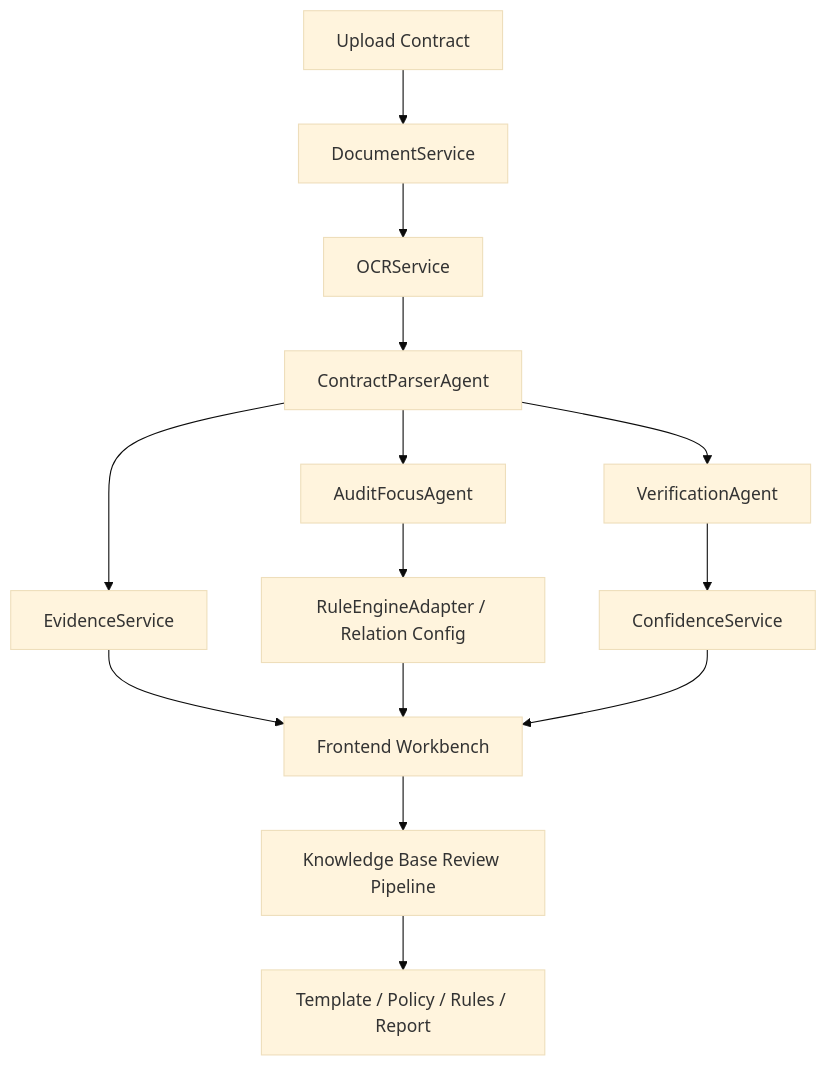
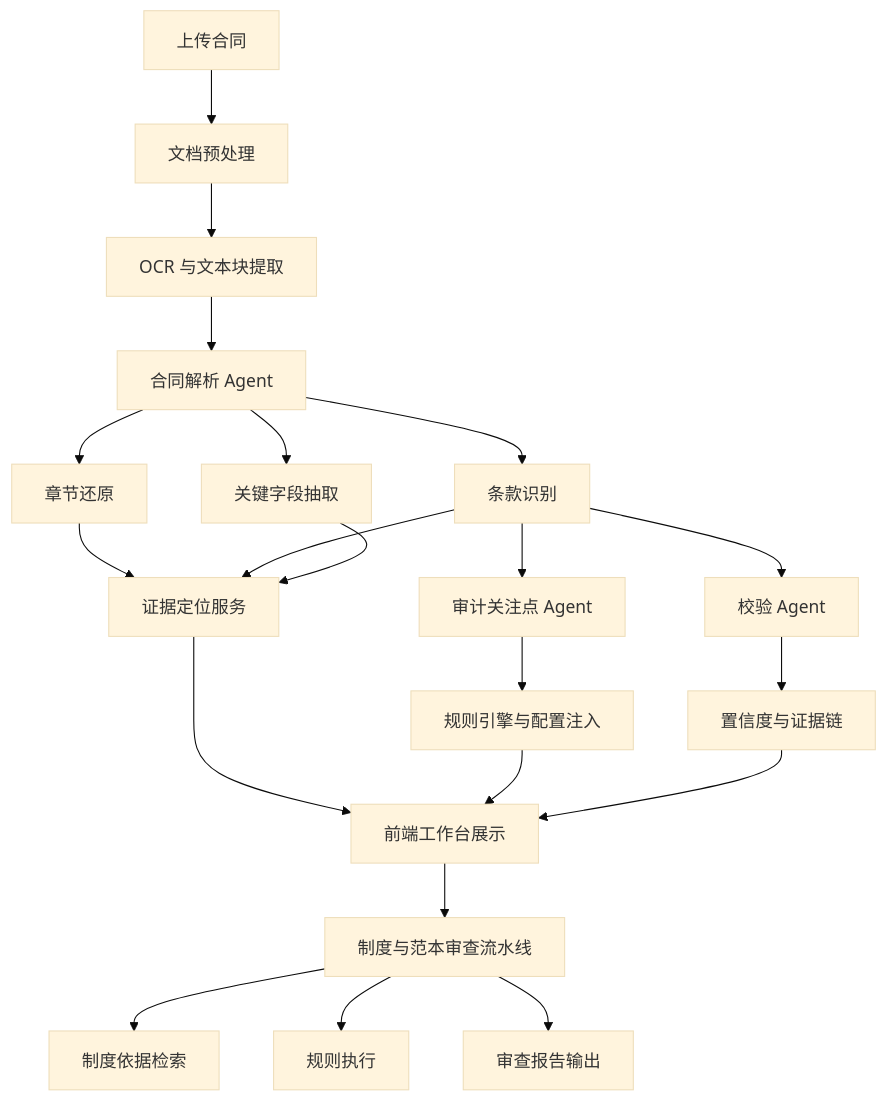
One commit to teachershuang/Audit-Agent-Demo-Kit changed the diagram in README.md. Above: the diagram before and after it, drawn with Mermaid (base theme). The commit also changed other lines of this file and 24 other files, not shown here.

````diff
--- a/README.md
+++ b/README.md
@@ -200,16 +160,23 @@
 ```mermaid
 flowchart TD
-    A["Upload Contract"] --> B["DocumentService"]
-    B --> C["OCRService"]
-    C --> D["ContractParserAgent"]
-    D --> E["EvidenceService"]
-    D --> F["AuditFocusAgent"]
-    D --> G["VerificationAgent"]
-    F --> H["RuleEngineAdapter / Relation Config"]
-    G --> I["ConfidenceService"]
-    E --> J["Frontend Workbench"]
-    H --> J
-    I --> J
-    J --> K["Knowledge Base Review Pipeline"]
-    K --> L["Template / Policy / Rules / Report"]
+    A["上传合同"] --> B["文档预处理"]
+    B --> C["OCR 与文本块提取"]
+    C --> D["合同解析 Agent"]
+    D --> E["章节还原"]
+    D --> F["条款识别"]
+    D --> G["关键字段抽取"]
+    E --> H["证据定位服务"]
+    F --> H
+    G --> H
+    F --> I["审计关注点 Agent"]
+    F --> J["校验 Agent"]
+    I --> K["规则引擎与配置注入"]
+    J --> L["置信度与证据链"]
+    H --> M["前端工作台展示"]
+    K --> M
+    L --> M
+    M --> N["制度与范本审查流水线"]
+    N --> O["制度依据检索"]
+    N --> P["规则执行"]
+    N --> Q["审查报告输出"]
 ```
````
